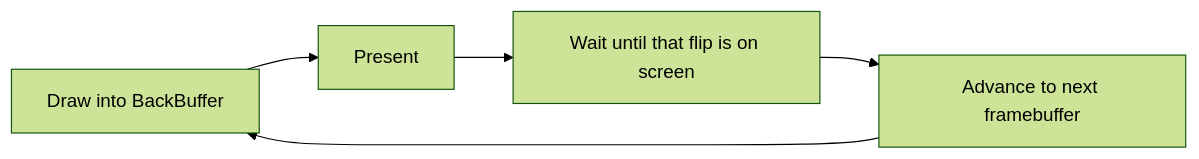
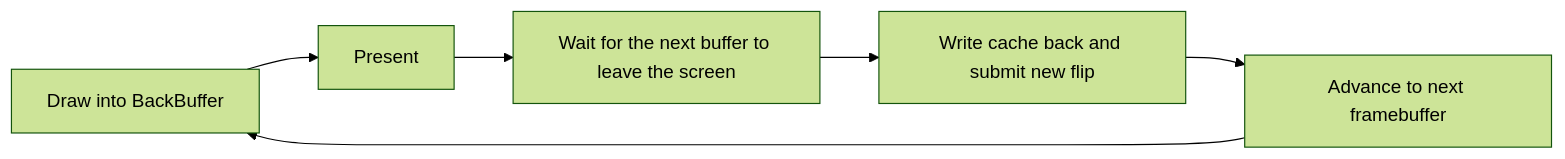
One commit to SvenGDK/SharpProspero changed the diagram in docs/graphics.md. Above: the diagram before and after it, drawn with Mermaid (forest theme). The commit also changed other lines of this file and 143 other files, not shown here.

````diff
--- a/docs/graphics.md
+++ b/docs/graphics.md
@@ -61,7 +71,8 @@
 ```mermaid
 flowchart LR
   A[Draw into BackBuffer] --> B[Present]
-  B --> C[Wait until that flip is on screen]
-  C --> D[Advance to next framebuffer]
-  D --> A
+  B --> C[Wait for the next buffer to leave the screen]
+  C --> D[Write cache back and submit new flip]
+  D --> E[Advance to next framebuffer]
+  E --> A
 ```
````
